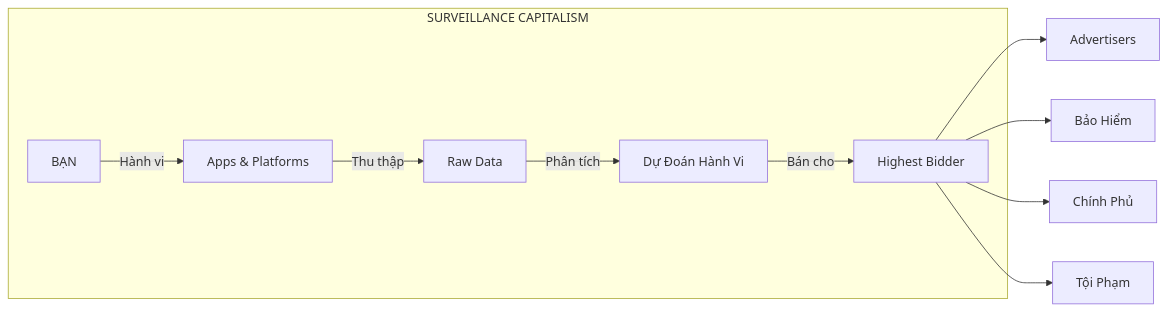
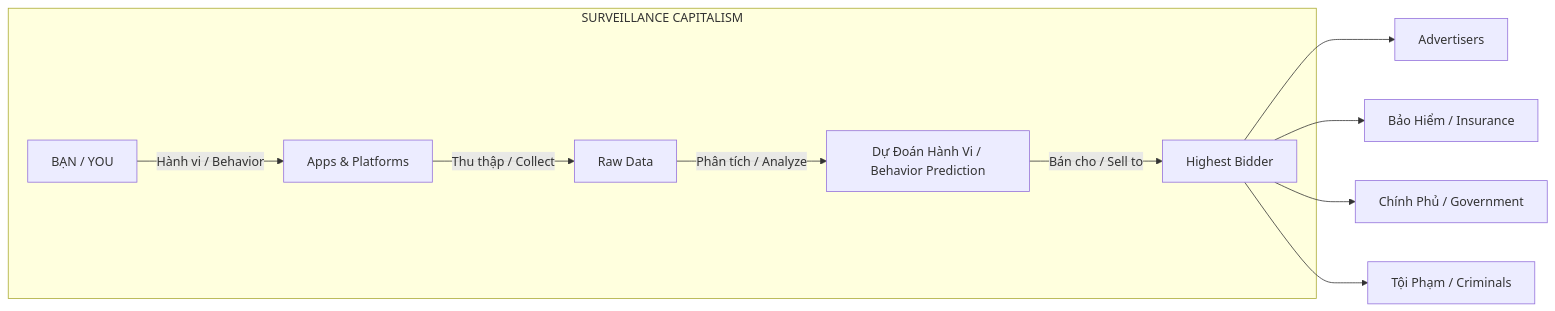
Before and after one commit to dyukahi/knowledge: the second of 4 diagrams in mental-models/Privacy Is The New Wealth.md, drawn with Mermaid. The commit also changed other lines of this file and 3 other files, not shown here.

````diff
--- a/mental-models/Privacy Is The New Wealth.md
+++ b/mental-models/Privacy Is The New Wealth.md
@@ -59,14 +71,14 @@
 ```mermaid
 flowchart LR
     subgraph "SURVEILLANCE CAPITALISM"
-        A[BẠN] -->|Hành vi| B[Apps & Platforms]
-        B -->|Thu thập| C[Raw Data]
-        C -->|Phân tích| D[Dự Đoán Hành Vi]
-        D -->|Bán cho| E[Highest Bidder]
+        A[BẠN / YOU] -->|Hành vi / Behavior| B[Apps & Platforms]
+        B -->|Thu thập / Collect| C[Raw Data]
+        C -->|Phân tích / Analyze| D[Dự Đoán Hành Vi / Behavior Prediction]
+        D -->|Bán cho / Sell to| E[Highest Bidder]
     end
     
     E --> F[Advertisers]
-    E --> G[Bảo Hiểm]
-    E --> H[Chính Phủ]
-    E --> I[Tội Phạm]
+    E --> G[Bảo Hiểm / Insurance]
+    E --> H[Chính Phủ / Government]
+    E --> I[Tội Phạm / Criminals]
 ```
````
